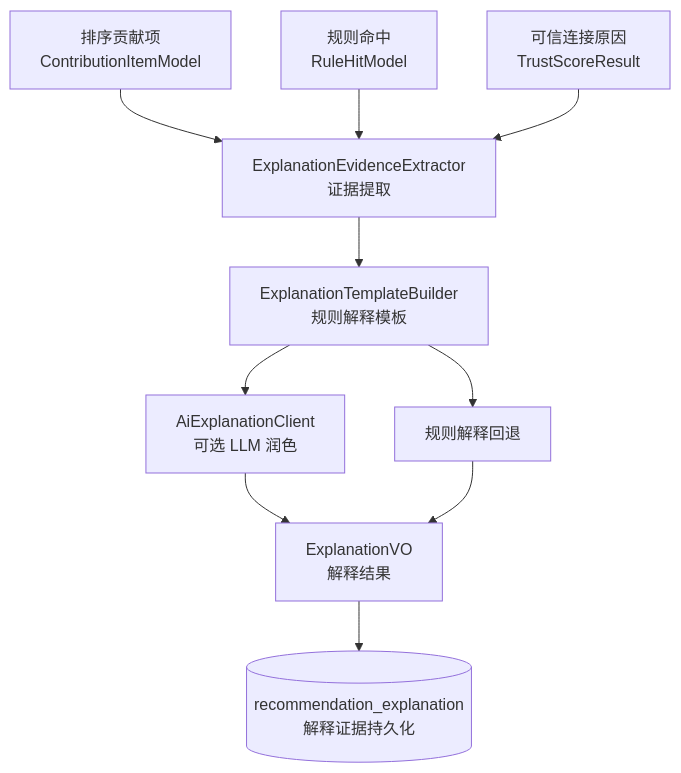
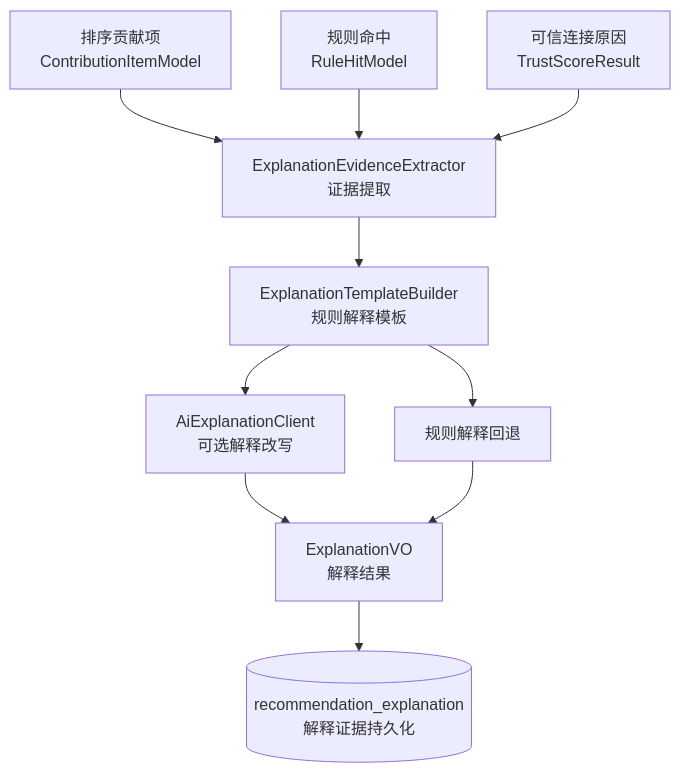
The seventh of 8 diagrams in docs/05_thesis/chapter5_diagram_drafts.md (cengZa/xunzhiyin), drawn with Mermaid before and after one commit. The commit also changed other lines of this file and 703 other files, not shown here.

````diff
--- a/docs/05_thesis/chapter5_diagram_drafts.md
+++ b/docs/05_thesis/chapter5_diagram_drafts.md
@@ -197,22 +197,22 @@
 ```mermaid
 flowchart TB
     Rank["排序贡献项<br/>ContributionItemModel"]
     Rule["规则命中<br/>RuleHitModel"]
     Trust["可信连接原因<br/>TrustScoreResult"]
     Extractor["ExplanationEvidenceExtractor<br/>证据提取"]
     Template["ExplanationTemplateBuilder<br/>规则解释模板"]
-    AI["AiExplanationClient<br/>可选 LLM 润色"]
+    AI["AiExplanationClient<br/>可选解释改写"]
     Fallback["规则解释回退"]
     VO["ExplanationVO<br/>解释结果"]
     Store[("recommendation_explanation<br/>解释证据持久化")]
 
     Rank --> Extractor
     Rule --> Extractor
     Trust --> Extractor
     Extractor --> Template
     Template --> AI
     AI --> VO
     Template --> Fallback
     Fallback --> VO
     VO --> Store
 ```
````
